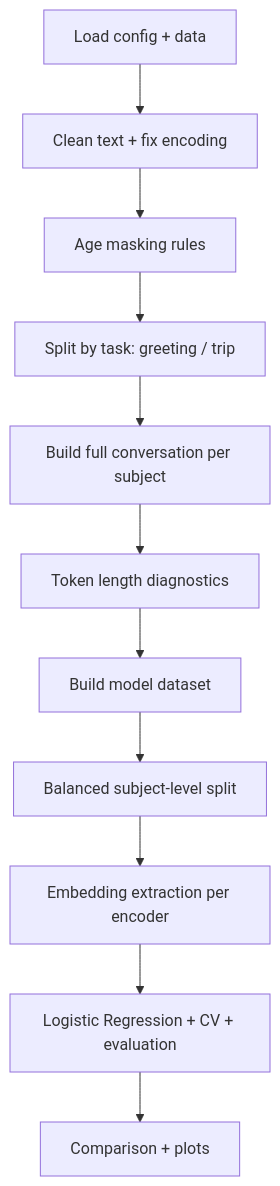
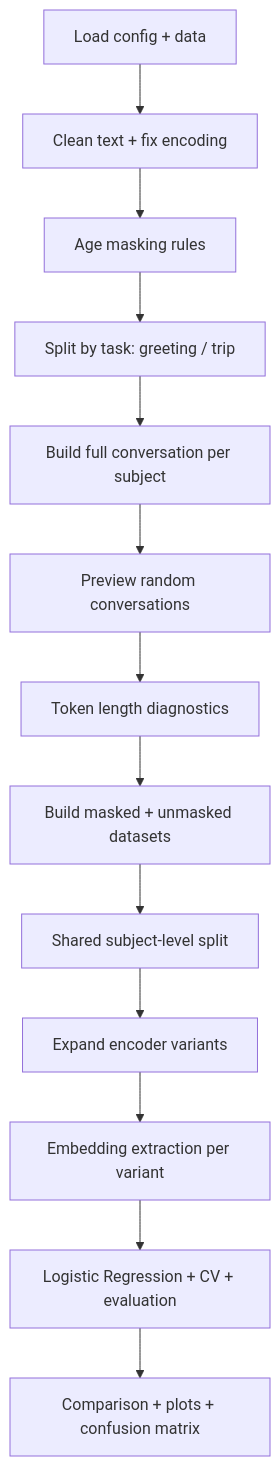
One commit to AniShpiz/machine_learning_age_llms changed the first of 2 diagrams in notebook_flow.md. Above: the diagram before and after it, drawn with Mermaid. The commit also changed other lines of this file, not shown here.

````diff
--- a/notebook_flow.md
+++ b/notebook_flow.md
@@ -7,13 +7,15 @@
 ```mermaid
 flowchart TD
     A[Load config + data] --> B[Clean text + fix encoding]
     B --> C[Age masking rules]
     C --> D[Split by task: greeting / trip]
     D --> E[Build full conversation per subject]
-    E --> F[Token length diagnostics]
-    F --> G[Build model dataset]
-    G --> H[Balanced subject-level split]
-    H --> I[Embedding extraction per encoder]
-    I --> J[Logistic Regression + CV + evaluation]
-    J --> K[Comparison + plots]
+    E --> F[Preview random conversations]
+    F --> G[Token length diagnostics]
+    G --> H[Build masked + unmasked datasets]
+    H --> I[Shared subject-level split]
+    I --> J[Expand encoder variants]
+    J --> K[Embedding extraction per variant]
+    K --> L[Logistic Regression + CV + evaluation]
+    L --> M[Comparison + plots + confusion matrix]
 ```
````
